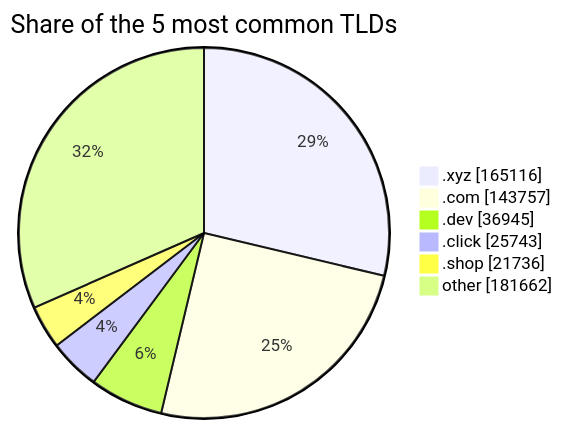
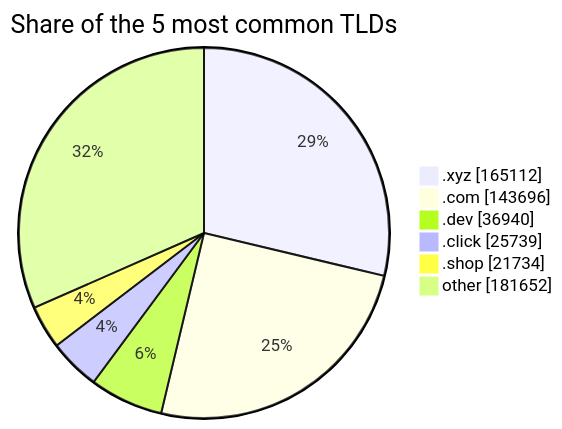
Before and after one commit to DNSBunker/CTI: the third of 3 diagrams in README.md, drawn with Mermaid. The commit also changed other lines of this file and 3 other files, not shown here.

````diff
--- a/README.md
+++ b/README.md
@@ -81,9 +81,9 @@
 ```mermaid
 pie showData title Share of the 5 most common TLDs
-    ".xyz" : 165116
-    ".com" : 143757
-    ".dev" : 36945
-    ".click" : 25743
-    ".shop" : 21736
-    "other" : 181662
+    ".xyz" : 165112
+    ".com" : 143696
+    ".dev" : 36940
+    ".click" : 25739
+    ".shop" : 21734
+    "other" : 181652
 ```
````
